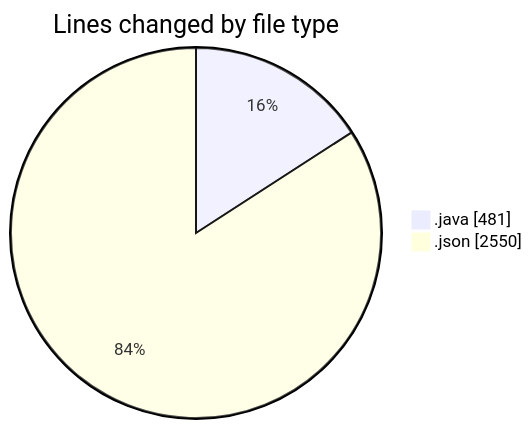
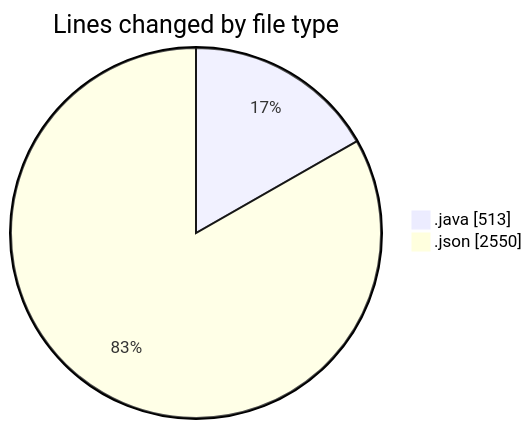
Before and after one commit to ricardozamudiocil/code-tracking: the first of 2 diagrams in 2026-07-16/cilapp/README.md, drawn with Mermaid. The commit also changed other lines of this file and 1 other file, not shown here.

````diff
--- a/2026-07-16/cilapp/README.md
+++ b/2026-07-16/cilapp/README.md
@@ -21,6 +22,6 @@
 ```mermaid
 pie showData
 title Lines changed by file type
-".java" : 481
+".java" : 513
 ".json" : 2550
 ```
````
